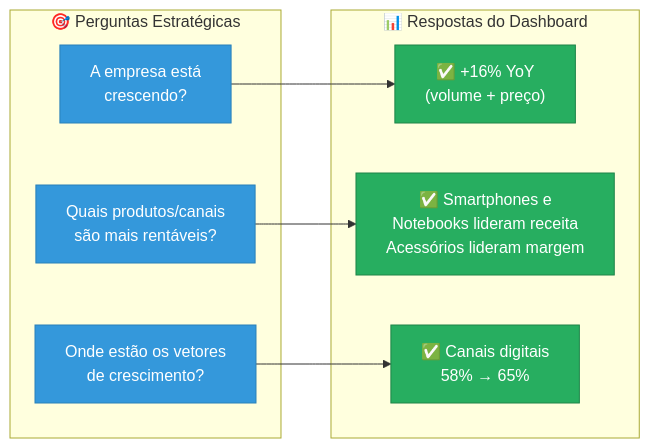
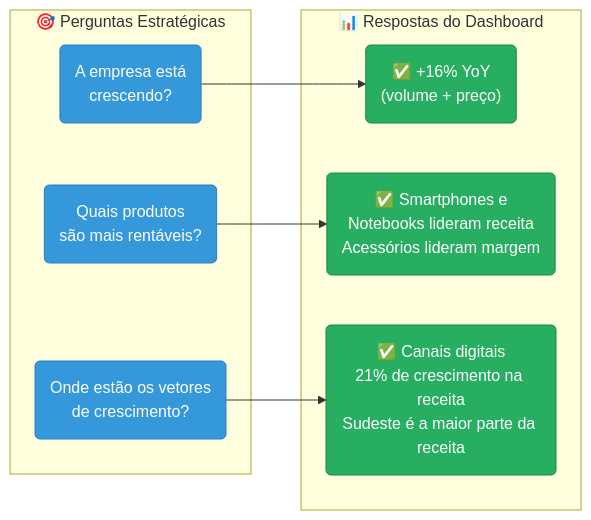
Before and after one commit to Igor-Scalzer010/Sales-Analytics: the first of 12 diagrams in docs/analises.md, drawn with Mermaid. The commit also changed other lines of this file, not shown here.

````diff
--- a/docs/analises.md
+++ b/docs/analises.md
@@ -30,25 +30,25 @@
 ```mermaid
 flowchart LR
     subgraph "🎯 Perguntas Estratégicas"
-        P1["A empresa está<br/>crescendo?"]
-        P2["Quais produtos/canais<br/>são mais rentáveis?"]
-        P3["Onde estão os vetores<br/>de crescimento?"]
+        P1("A empresa está<br/>crescendo?")
+        P2("Quais produtos<br/>são mais rentáveis?")
+        P3("Onde estão os vetores<br/>de crescimento?")
     end
 
     subgraph "📊 Respostas do Dashboard"
-        R1["✅ +16% YoY<br/>(volume + preço)"]
-        R2["✅ Smartphones e<br/>Notebooks lideram receita<br/>Acessórios lideram margem"]
-        R3["✅ Canais digitais<br/>58% → 65%"]
+        R1("✅ +16% YoY<br/>(volume + preço)")
+        R2("✅ Smartphones e<br/>Notebooks lideram receita<br/>Acessórios lideram margem")
+        R3("✅ Canais digitais<br/>21% de crescimento na receita<br/>Sudeste é a maior parte da receita")
     end
 
     P1 --> R1
     P2 --> R2
     P3 --> R3
 
     style P1 fill:#3498db,stroke:#2980b9,color:#fff
     style P2 fill:#3498db,stroke:#2980b9,color:#fff
     style P3 fill:#3498db,stroke:#2980b9,color:#fff
     style R1 fill:#27ae60,stroke:#1e8449,color:#fff
     style R2 fill:#27ae60,stroke:#1e8449,color:#fff
     style R3 fill:#27ae60,stroke:#1e8449,color:#fff
 ```
````
